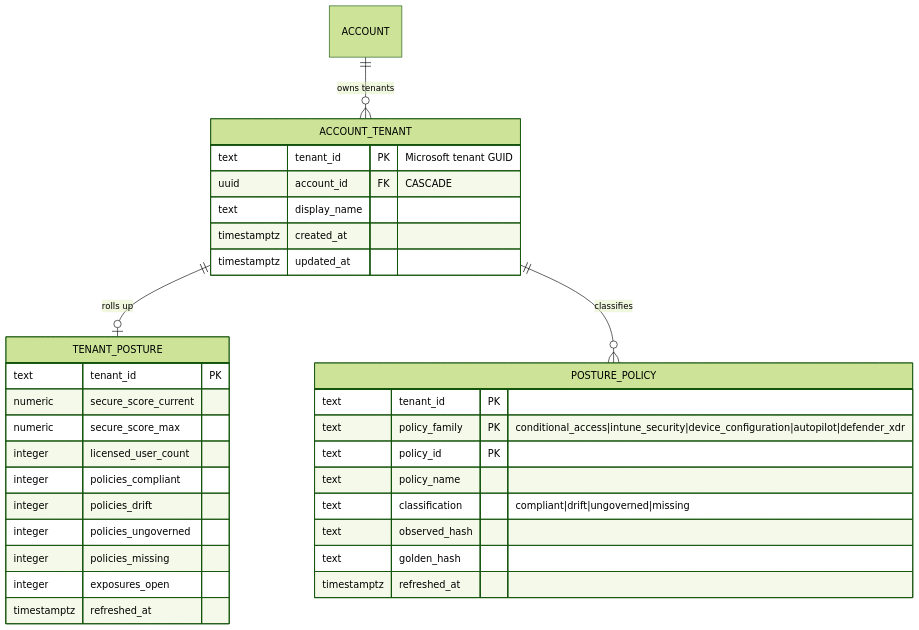
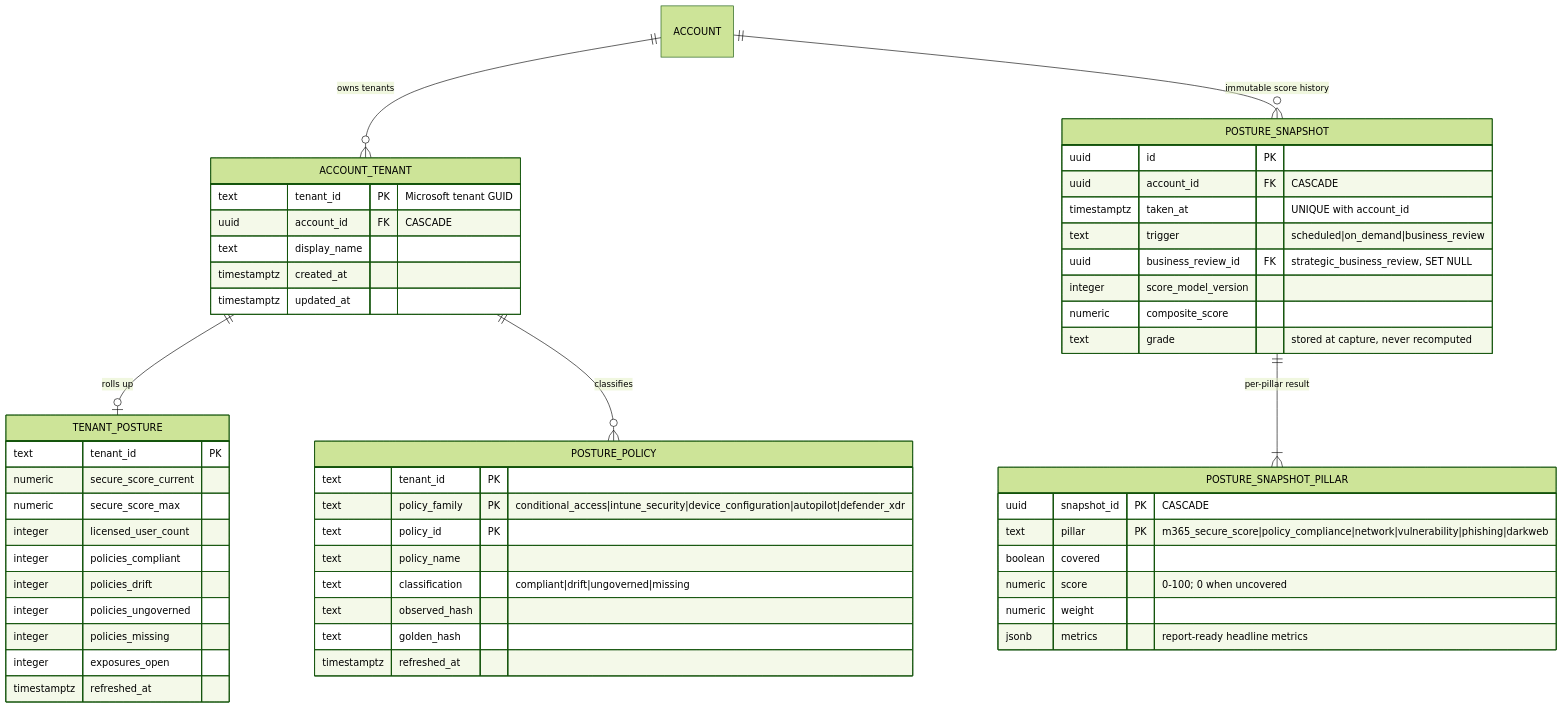
Before and after one commit to markdconnelly/ImperionCRM: the ninth of 9 diagrams in docs/database/data-model.md, drawn with Mermaid (forest theme). The commit also changed other lines of this file and 1 other file, not shown here.

Commit message:
feat(db): migration 0063 - posture_snapshot + posture_snapshot_pillar (#164)
Immutable per-account Imperion Secure Score snapshots (ADR-0051 SS5):
composite/grade/model-version stored at capture; append-only enforced
by GRANT (pipeline roles INSERT only, no UPDATE/DELETE);
business_review_id FK to strategic_business_review with SET NULL.

````diff
--- a/docs/database/data-model.md
+++ b/docs/database/data-model.md
@@ -953,36 +961,56 @@
 ```mermaid
 erDiagram
     ACCOUNT ||--o{ ACCOUNT_TENANT : "owns tenants"
     ACCOUNT_TENANT ||--o| TENANT_POSTURE : "rolls up"
     ACCOUNT_TENANT ||--o{ POSTURE_POLICY : "classifies"
+    ACCOUNT ||--o{ POSTURE_SNAPSHOT : "immutable score history"
+    POSTURE_SNAPSHOT ||--|{ POSTURE_SNAPSHOT_PILLAR : "per-pillar result"
 
     ACCOUNT_TENANT {
       text tenant_id PK "Microsoft tenant GUID"
       uuid account_id FK "CASCADE"
       text display_name
       timestamptz created_at
       timestamptz updated_at
     }
     POSTURE_POLICY {
       text tenant_id PK
       text policy_family PK "conditional_access|intune_security|device_configuration|autopilot|defender_xdr"
       text policy_id PK
       text policy_name
       text classification "compliant|drift|ungoverned|missing"
       text observed_hash
       text golden_hash
       timestamptz refreshed_at
     }
     TENANT_POSTURE {
       text tenant_id PK
       numeric secure_score_current
       numeric secure_score_max
       integer licensed_user_count
       integer policies_compliant
       integer policies_drift
       integer policies_ungoverned
       integer policies_missing
       integer exposures_open
       timestamptz refreshed_at
     }
+    POSTURE_SNAPSHOT {
+      uuid id PK
+      uuid account_id FK "CASCADE"
+      timestamptz taken_at "UNIQUE with account_id"
+      text trigger "scheduled|on_demand|business_review"
+      uuid business_review_id FK "strategic_business_review, SET NULL"
+      integer score_model_version
+      numeric composite_score
+      text grade "stored at capture, never recomputed"
+    }
+    POSTURE_SNAPSHOT_PILLAR {
+      uuid snapshot_id PK "CASCADE"
+      text pillar PK "m365_secure_score|policy_compliance|network|vulnerability|phishing|darkweb"
+      boolean covered
+      numeric score "0-100; 0 when uncovered"
+      numeric weight
+      jsonb metrics "report-ready headline metrics"
+    }
 ```
````
